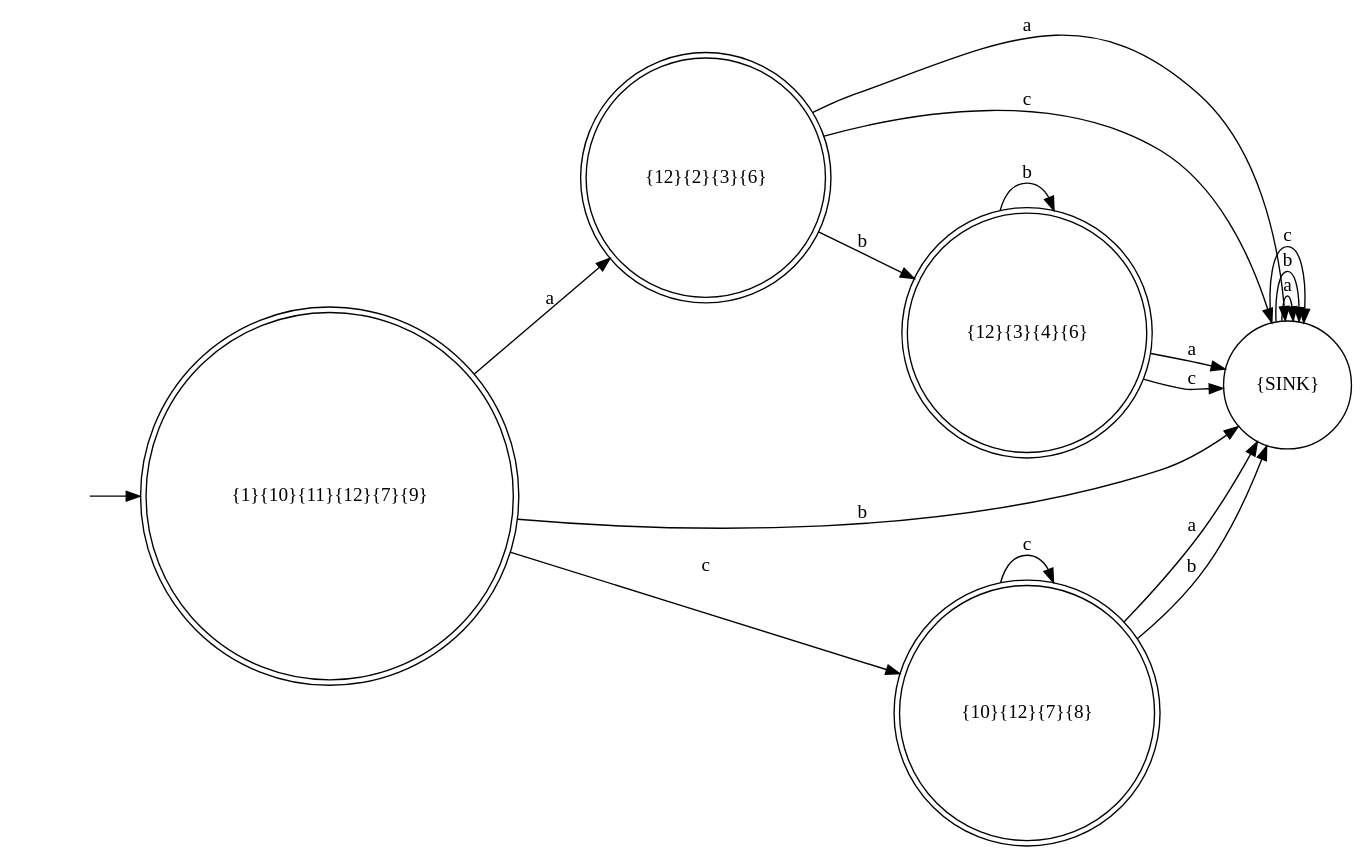
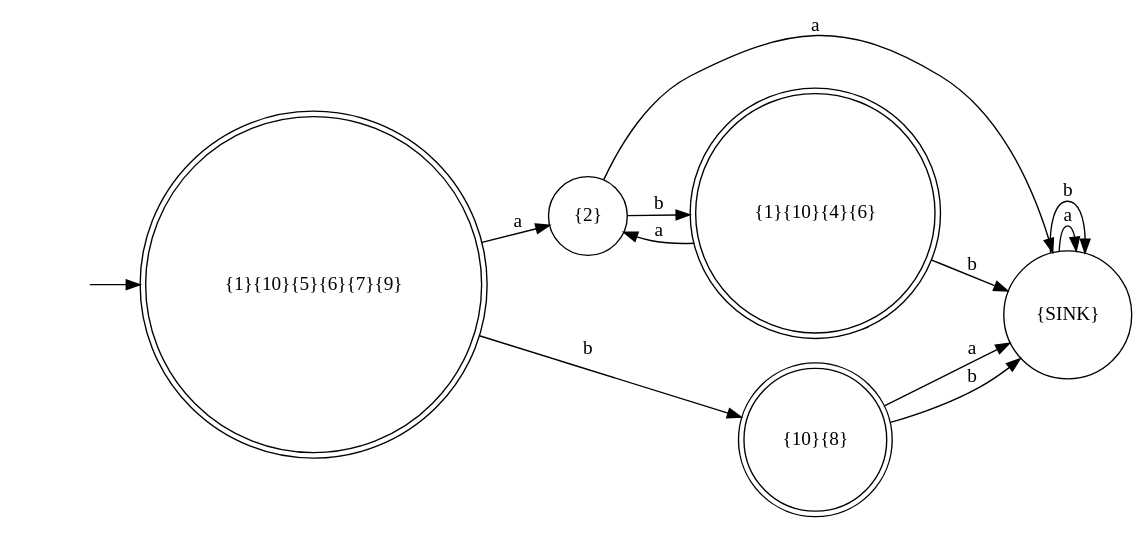
One commit to arjen0203/AutomataReader changed the diagram in Automate Picture/AutomataConvertedDFAPicture.dot. Above: the diagram before and after it, drawn with Graphviz. The commit also changed 20 other files, not shown here.

```diff
--- a/Automate Picture/AutomataConvertedDFAPicture.dot
+++ b/Automate Picture/AutomataConvertedDFAPicture.dot
@@ -1,26 +1,21 @@
 digraph myAutomatonDFA { 
 rankdir=LR; 
 "" [shape=none] 
-"{1}{10}{11}{12}{7}{9}" [shape=doublecircle] 
-"{12}{2}{3}{6}" [shape=doublecircle] 
+"{1}{10}{5}{6}{7}{9}" [shape=doublecircle] 
+"{2}" [shape=circle] 
+"{10}{8}" [shape=doublecircle] 
 "{SINK}" [shape=circle] 
-"{10}{12}{7}{8}" [shape=doublecircle] 
-"{12}{3}{4}{6}" [shape=doublecircle] 
+"{1}{10}{4}{6}" [shape=doublecircle] 
 
-"" -> "{1}{10}{11}{12}{7}{9}" 
-"{1}{10}{11}{12}{7}{9}" -> "{12}{2}{3}{6}" [label="a"] 
-"{1}{10}{11}{12}{7}{9}" -> "{SINK}" [label="b"] 
-"{1}{10}{11}{12}{7}{9}" -> "{10}{12}{7}{8}" [label="c"] 
-"{12}{2}{3}{6}" -> "{SINK}" [label="a"] 
-"{12}{2}{3}{6}" -> "{12}{3}{4}{6}" [label="b"] 
-"{12}{2}{3}{6}" -> "{SINK}" [label="c"] 
+"" -> "{1}{10}{5}{6}{7}{9}" 
+"{1}{10}{5}{6}{7}{9}" -> "{2}" [label="a"] 
+"{1}{10}{5}{6}{7}{9}" -> "{10}{8}" [label="b"] 
+"{2}" -> "{SINK}" [label="a"] 
+"{2}" -> "{1}{10}{4}{6}" [label="b"] 
+"{10}{8}" -> "{SINK}" [label="a"] 
+"{10}{8}" -> "{SINK}" [label="b"] 
 "{SINK}" -> "{SINK}" [label="a"] 
 "{SINK}" -> "{SINK}" [label="b"] 
-"{SINK}" -> "{SINK}" [label="c"] 
-"{10}{12}{7}{8}" -> "{SINK}" [label="a"] 
-"{10}{12}{7}{8}" -> "{SINK}" [label="b"] 
-"{10}{12}{7}{8}" -> "{10}{12}{7}{8}" [label="c"] 
-"{12}{3}{4}{6}" -> "{SINK}" [label="a"] 
-"{12}{3}{4}{6}" -> "{12}{3}{4}{6}" [label="b"] 
-"{12}{3}{4}{6}" -> "{SINK}" [label="c"] 
+"{1}{10}{4}{6}" -> "{2}" [label="a"] 
+"{1}{10}{4}{6}" -> "{SINK}" [label="b"] 
 }
```
